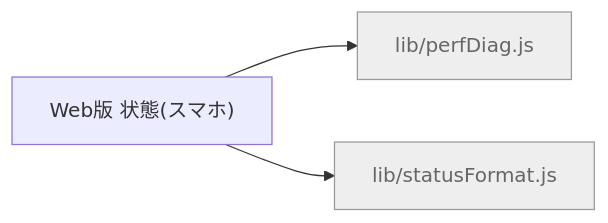
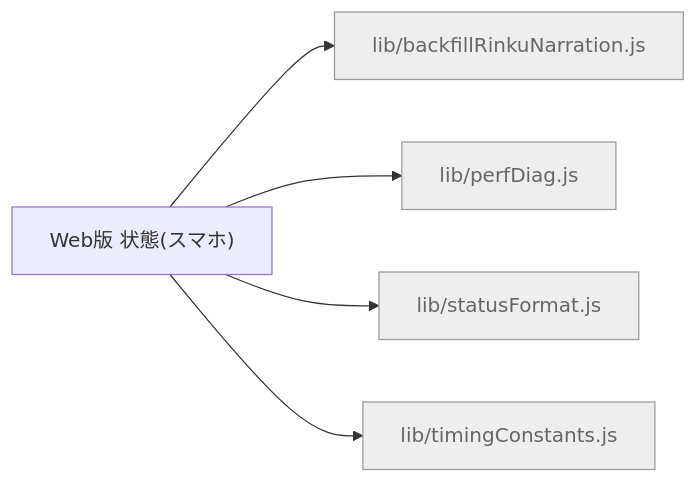
The diagram in docs/feature-map/web-status.md (kimito-link/tsuioku-no-kirameki.com), drawn with Mermaid before and after one commit. The commit also changed 22 other files, not shown here.

````diff
--- a/docs/feature-map/web-status.md
+++ b/docs/feature-map/web-status.md
@@ -13,7 +13,9 @@
 ```mermaid
 graph LR
   n_web_status["Web版 状態(スマホ)"]
+  n_web_status --> n_src_lib_backfillRinkuNarration_js["lib/backfillRinkuNarration.js"]:::shared
   n_web_status --> n_src_lib_perfDiag_js["lib/perfDiag.js"]:::shared
   n_web_status --> n_src_lib_statusFormat_js["lib/statusFormat.js"]:::shared
+  n_web_status --> n_src_lib_timingConstants_js["lib/timingConstants.js"]:::shared
   classDef shared fill:#eee,stroke:#999,color:#666;
 ```
````
